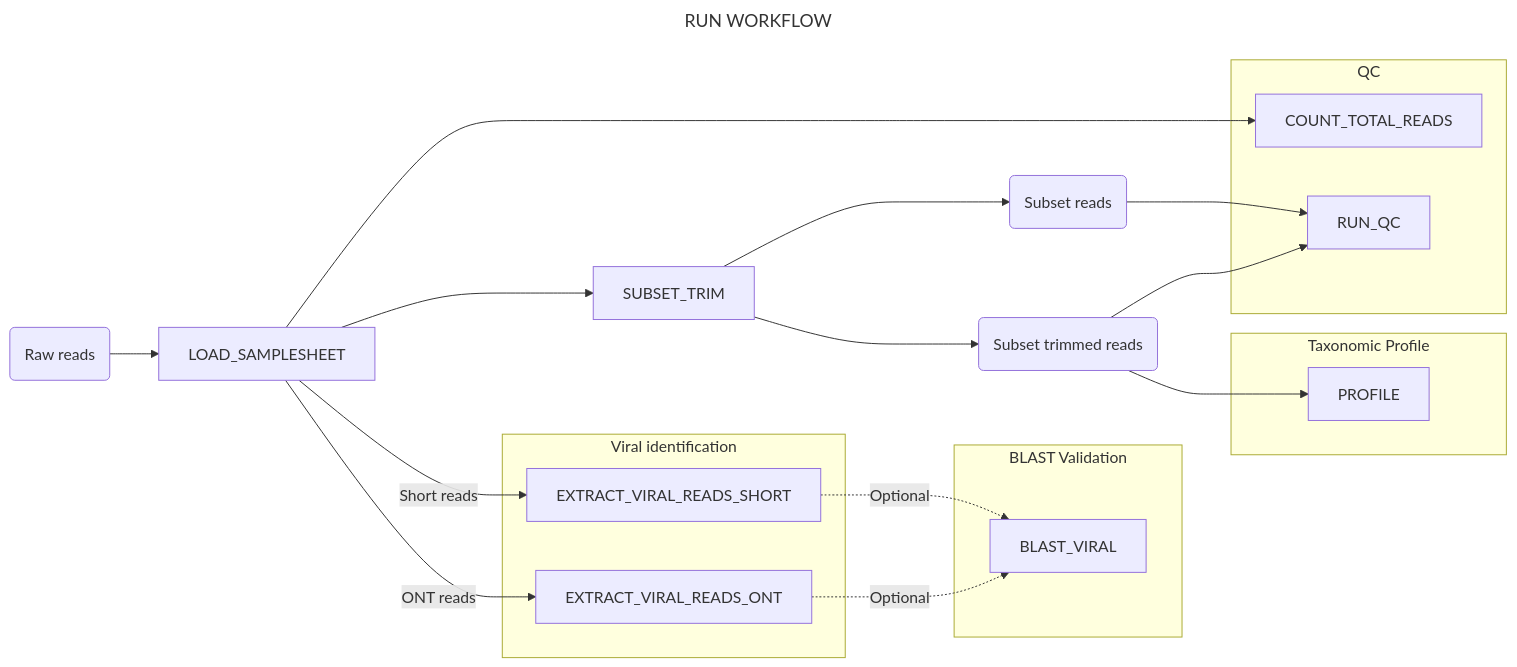
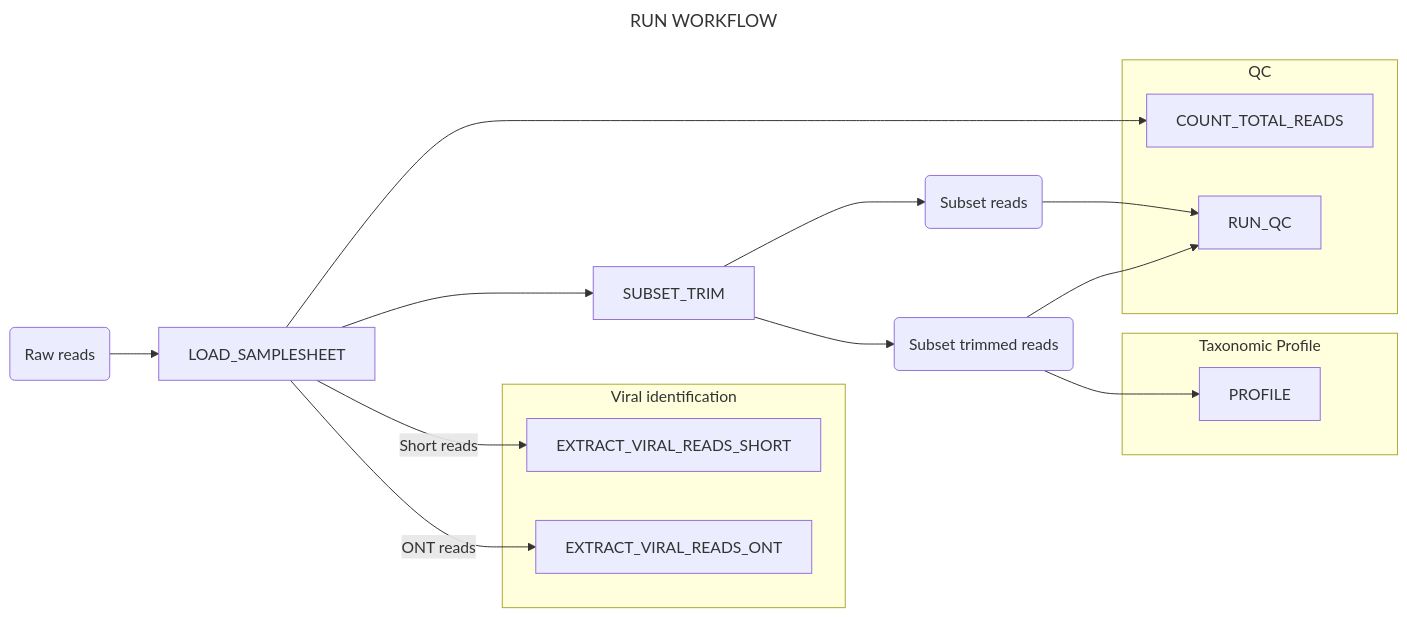
Before and after one commit to ascender1729/nao-mgs-workflow: the first of 9 diagrams in docs/run.md, drawn with Mermaid. The commit also changed other lines of this file and 28 other files, not shown here.

First line of the commit message:
Remove BLAST validation from RUN workflow (#638)

````diff
--- a/docs/run.md
+++ b/docs/run.md
@@ -7,32 +7,28 @@
 ```mermaid
 ---
 title: RUN WORKFLOW
 config:
   layout: horizontal
 ---
 flowchart LR
 A(Raw reads) --> B[LOAD_SAMPLESHEET]
 B --> C[COUNT_TOTAL_READS] & E[SUBSET_TRIM]
 B --> |Short reads|D1[EXTRACT_VIRAL_READS_SHORT]
 B --> |ONT reads|D2[EXTRACT_VIRAL_READS_ONT]
-D1 & D2 -.-> |Optional|F[BLAST_VIRAL]
 E --> I(Subset reads)
 E --> J(Subset trimmed reads)
 J --> G[RUN_QC] & H[PROFILE]
 I --> G[RUN_QC]
 %% Adjust layout by placing subgraphs in specific order
 subgraph "Viral identification"
 D1
 D2
 end
 subgraph "Taxonomic Profile"
 H
 end
 subgraph "QC"
 C
 G
 end
-subgraph "BLAST Validation"
-F
-end
 ```
````
